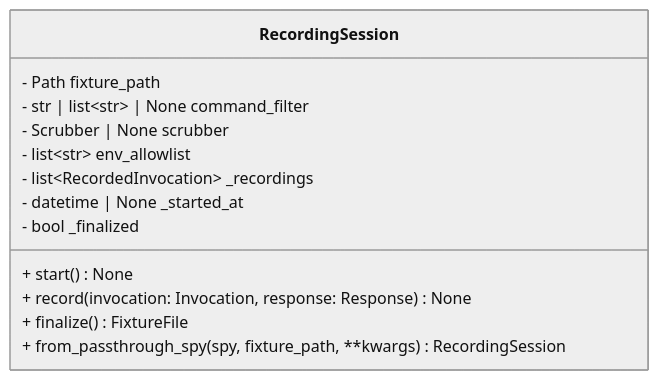
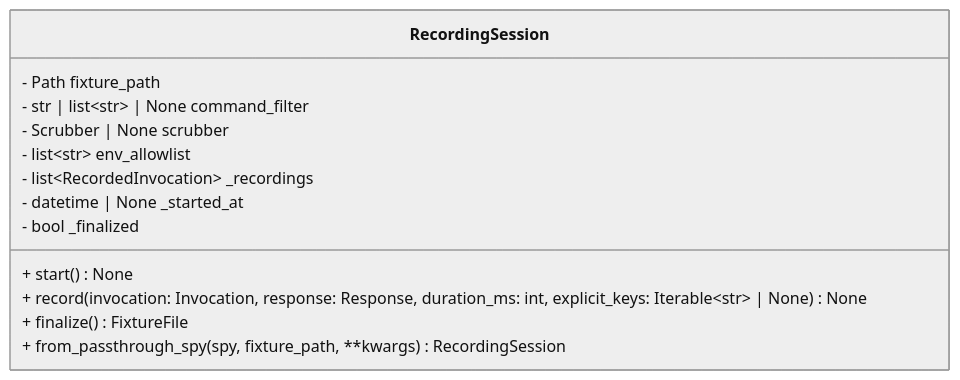
One commit to leynos/cmd-mox changed diagram 24 of 31 in docs/python-native-command-mocking-design.md. Above: the diagram before and after it, drawn with Mermaid (neutral theme). The commit also changed other lines of this file, not shown here.

First line of the commit message:
Align design-doc record signatures with the code (#368)

````diff
--- a/docs/python-native-command-mocking-design.md
+++ b/docs/python-native-command-mocking-design.md
@@ -2592,16 +2592,16 @@
 ```mermaid
 classDiagram
     class RecordingSession {
         - Path fixture_path
         - str | list~str~ | None command_filter
         - Scrubber | None scrubber
         - list~str~ env_allowlist
         - list~RecordedInvocation~ _recordings
         - datetime | None _started_at
         - bool _finalized
         + start() None
-        + record(invocation: Invocation, response: Response) None
+        + record(invocation: Invocation, response: Response, duration_ms: int, explicit_keys: Iterable~str~ | None) None
         + finalize() FixtureFile
         + from_passthrough_spy(spy, fixture_path, **kwargs) RecordingSession
     }
 ```
````
